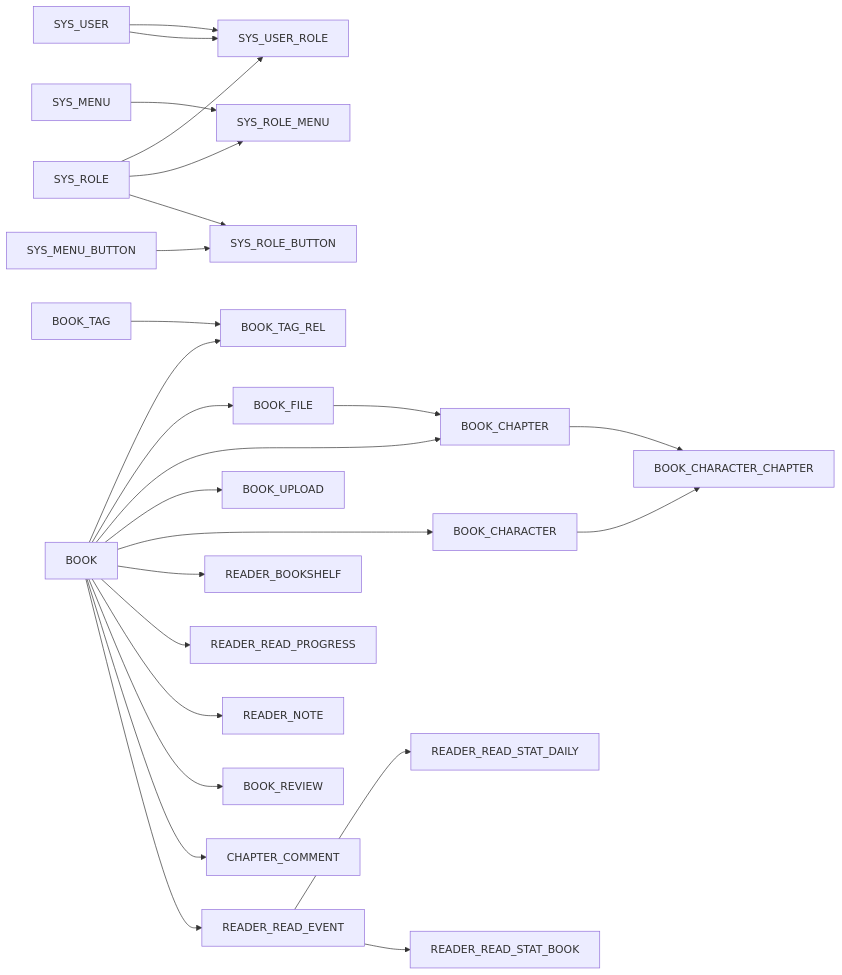
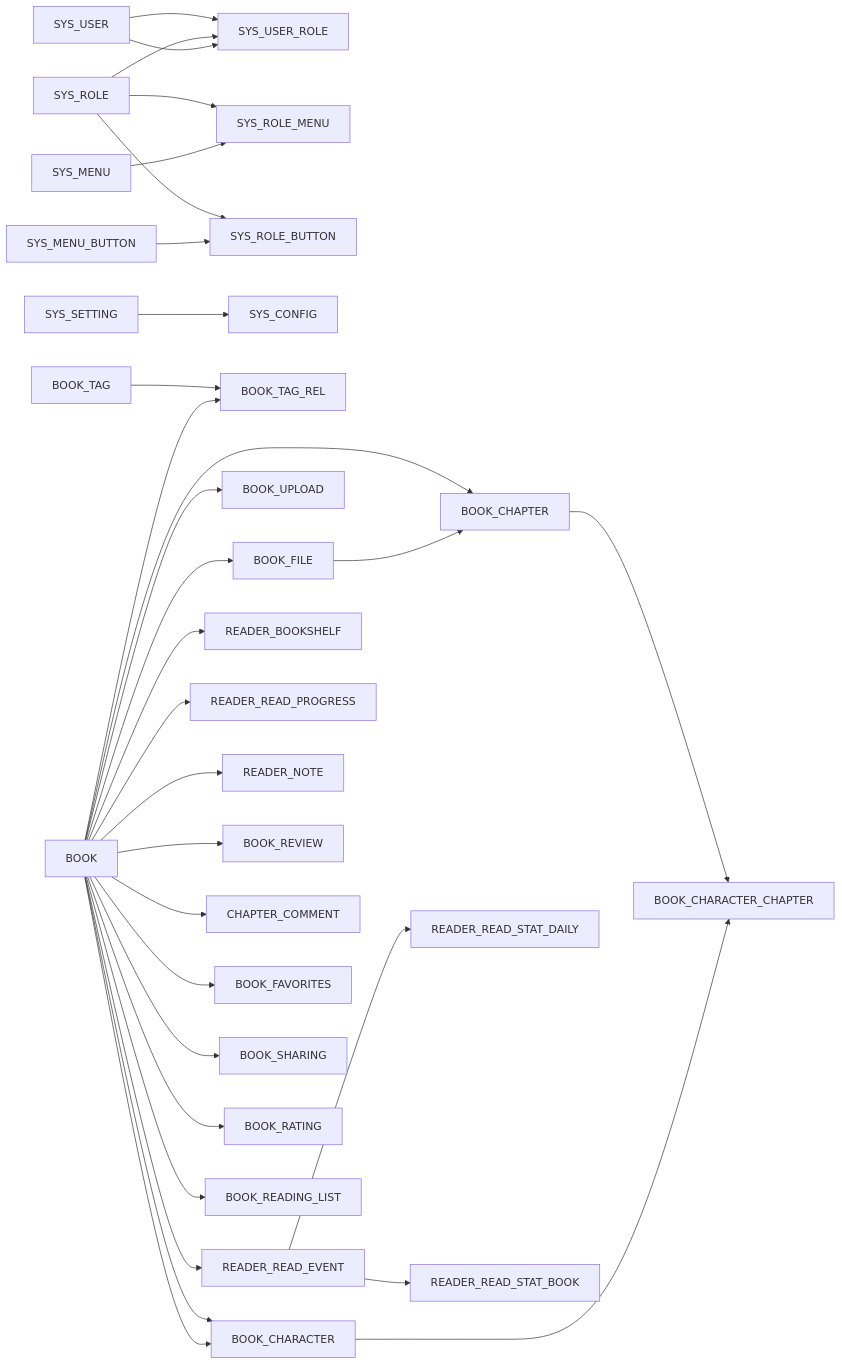
The third of 3 diagrams in .qoder/repowiki/zh/content/数据库设计/数据库表结构.md (knifezred/boread), drawn with Mermaid before and after one commit. The commit also changed other lines of this file and 16 other files, not shown here.

````diff
--- a/.qoder/repowiki/zh/content/数据库设计/数据库表结构.md
+++ b/.qoder/repowiki/zh/content/数据库设计/数据库表结构.md
@@ -766,27 +917,33 @@
 ```mermaid
 graph LR
 SYS_USER --> SYS_USER_ROLE
 SYS_ROLE --> SYS_USER_ROLE
 SYS_USER --> SYS_USER_ROLE
 SYS_MENU --> SYS_ROLE_MENU
 SYS_ROLE --> SYS_ROLE_MENU
 SYS_MENU_BUTTON --> SYS_ROLE_BUTTON
 SYS_ROLE --> SYS_ROLE_BUTTON
+SYS_SETTING --> SYS_CONFIG
 BOOK --> BOOK_TAG_REL
 BOOK_TAG --> BOOK_TAG_REL
 BOOK --> BOOK_FILE
 BOOK_FILE --> BOOK_CHAPTER
 BOOK --> BOOK_CHAPTER
 BOOK --> BOOK_UPLOAD
 BOOK --> BOOK_CHARACTER
 BOOK_CHARACTER --> BOOK_CHARACTER_CHAPTER
 BOOK_CHAPTER --> BOOK_CHARACTER_CHAPTER
 BOOK --> READER_BOOKSHELF
 BOOK --> READER_READ_PROGRESS
 BOOK --> READER_NOTE
 BOOK --> BOOK_REVIEW
 BOOK --> CHAPTER_COMMENT
+BOOK --> BOOK_CHARACTER
+BOOK --> BOOK_FAVORITES
+BOOK --> BOOK_SHARING
+BOOK --> BOOK_RATING
+BOOK --> BOOK_READING_LIST
 BOOK --> READER_READ_EVENT
 READER_READ_EVENT --> READER_READ_STAT_DAILY
 READER_READ_EVENT --> READER_READ_STAT_BOOK
 ```
````
